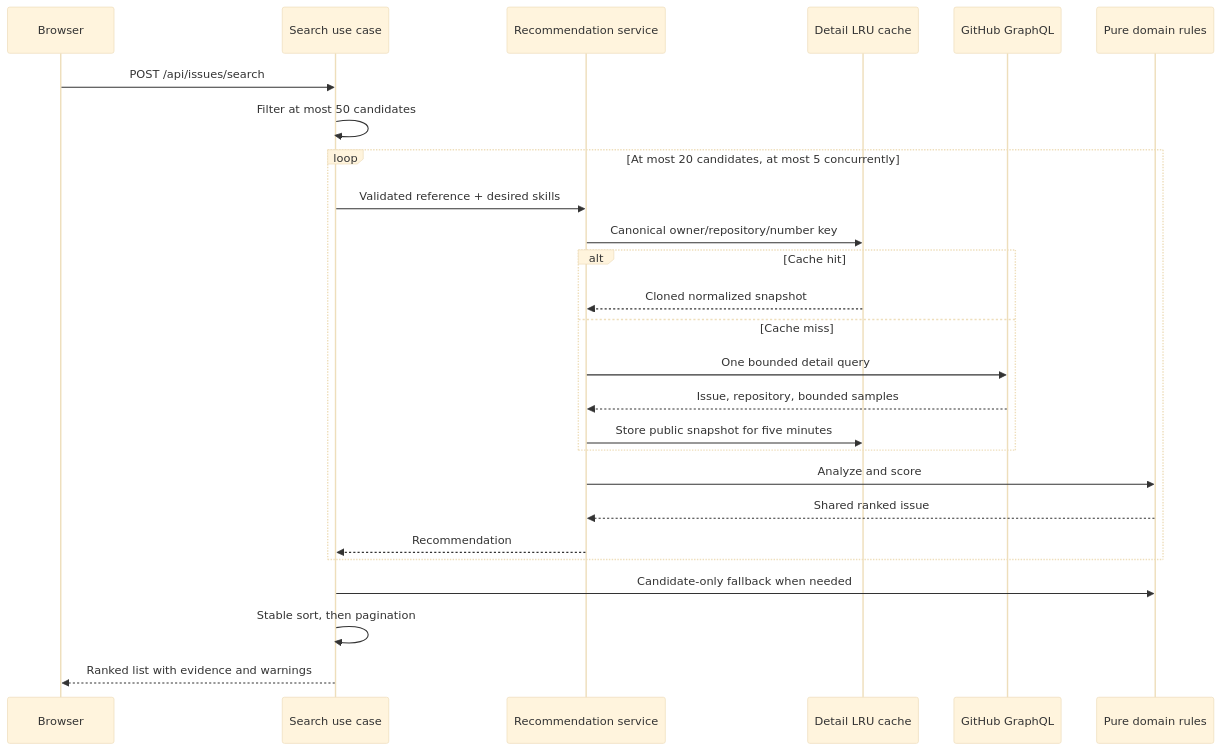
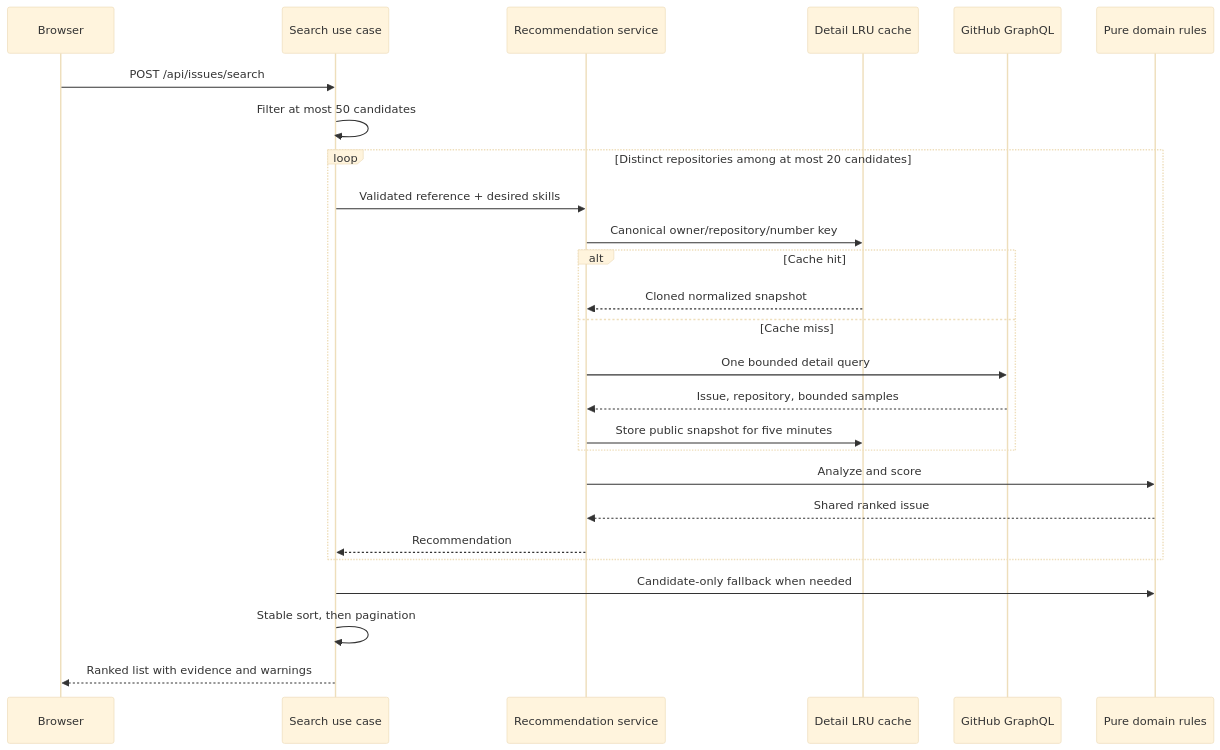
One commit to tensho1026/github-issue-search changed the diagram in docs/issue-recommendations.md. Above: the diagram before and after it, drawn with Mermaid (base theme). The commit also changed other lines of this file and 1 other file, not shown here.

````diff
--- a/docs/issue-recommendations.md
+++ b/docs/issue-recommendations.md
@@ -10,29 +10,29 @@
 ```mermaid
 sequenceDiagram
     participant Browser
     participant Search as Search use case
     participant Detail as Recommendation service
     participant Cache as Detail LRU cache
     participant GitHub as GitHub GraphQL
     participant Rules as Pure domain rules
 
     Browser->>Search: POST /api/issues/search
     Search->>Search: Filter at most 50 candidates
-    loop At most 20 candidates, at most 5 concurrently
+    loop Distinct repositories among at most 20 candidates
         Search->>Detail: Validated reference + desired skills
         Detail->>Cache: Canonical owner/repository/number key
         alt Cache hit
             Cache-->>Detail: Cloned normalized snapshot
         else Cache miss
             Detail->>GitHub: One bounded detail query
             GitHub-->>Detail: Issue, repository, bounded samples
             Detail->>Cache: Store public snapshot for five minutes
         end
         Detail->>Rules: Analyze and score
         Rules-->>Detail: Shared ranked issue
         Detail-->>Search: Recommendation
     end
     Search->>Rules: Candidate-only fallback when needed
     Search->>Search: Stable sort, then pagination
     Search-->>Browser: Ranked list with evidence and warnings
 ```
````
